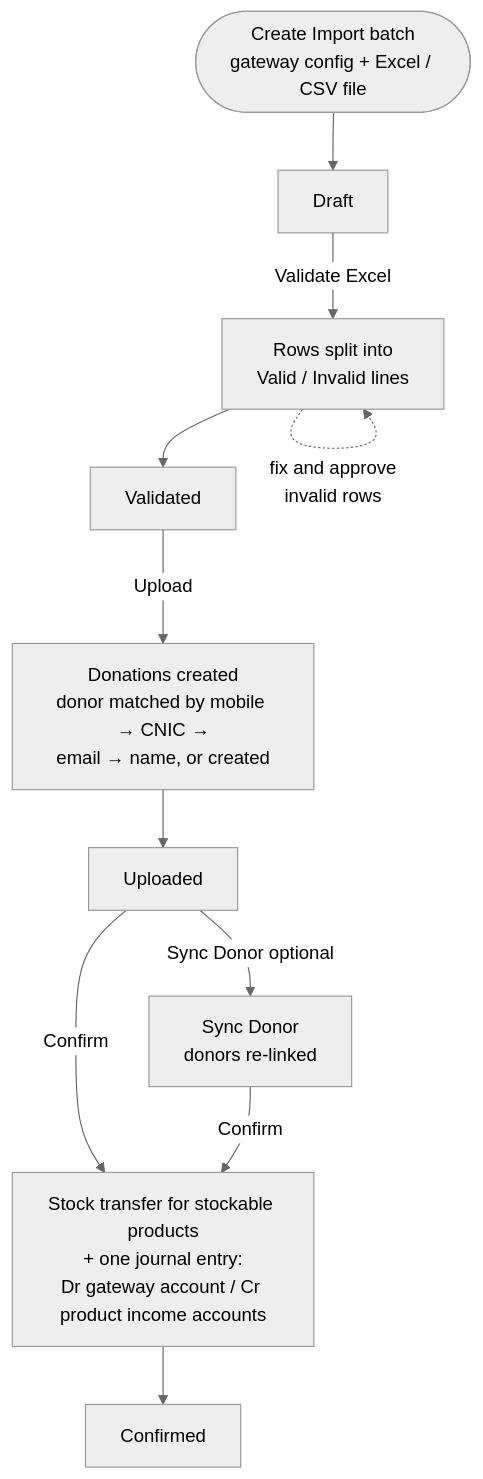
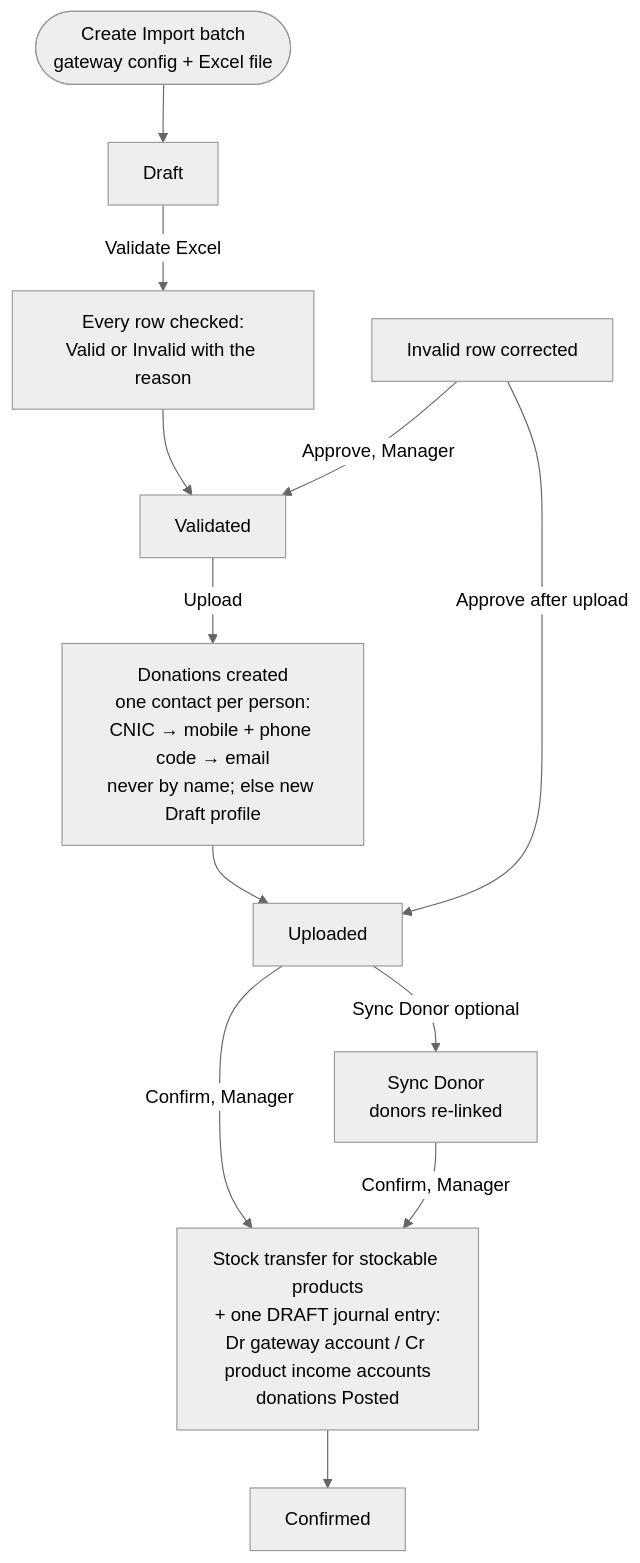
Before and after one commit to Saylani-Welfare-Trust/swit-odoo: the first of 2 diagrams in custom-addons/bn_import_donation/README.md, drawn with Mermaid (neutral theme). The commit also changed other lines of this file and 21 other files, not shown here.

````diff
--- a/custom-addons/bn_import_donation/README.md
+++ b/custom-addons/bn_import_donation/README.md
@@ -25,13 +26,14 @@
 ```mermaid
 flowchart TD
-    A([Create Import batch<br/>gateway config + Excel / CSV file]) --> B[Draft]
-    B -->|Validate Excel| C[Rows split into<br/>Valid / Invalid lines]
+    A([Create Import batch<br/>gateway config + Excel file]) --> B[Draft]
+    B -->|Validate Excel| C[Every row checked:<br/>Valid or Invalid with the reason]
     C --> V[Validated]
-    C -.->|fix and approve<br/>invalid rows| C
-    V -->|Upload| U[Donations created<br/>donor matched by mobile → CNIC →<br/>email → name, or created]
+    V -->|Upload| U[Donations created<br/>one contact per person:<br/>CNIC → mobile + phone code → email<br/>never by name; else new Draft profile]
     U --> UP[Uploaded]
+    I[Invalid row corrected] -->|Approve, Manager| V
+    I -->|Approve after upload| UP
     UP -->|Sync Donor optional| SD[Sync Donor<br/>donors re-linked]
-    UP -->|Confirm| CF
-    SD -->|Confirm| CF[Stock transfer for stockable products<br/>+ one journal entry:<br/>Dr gateway account / Cr product income accounts]
+    UP -->|Confirm, Manager| CF
+    SD -->|Confirm, Manager| CF[Stock transfer for stockable products<br/>+ one DRAFT journal entry:<br/>Dr gateway account / Cr product income accounts<br/>donations Posted]
     CF --> DONE[Confirmed]
 ```
````
